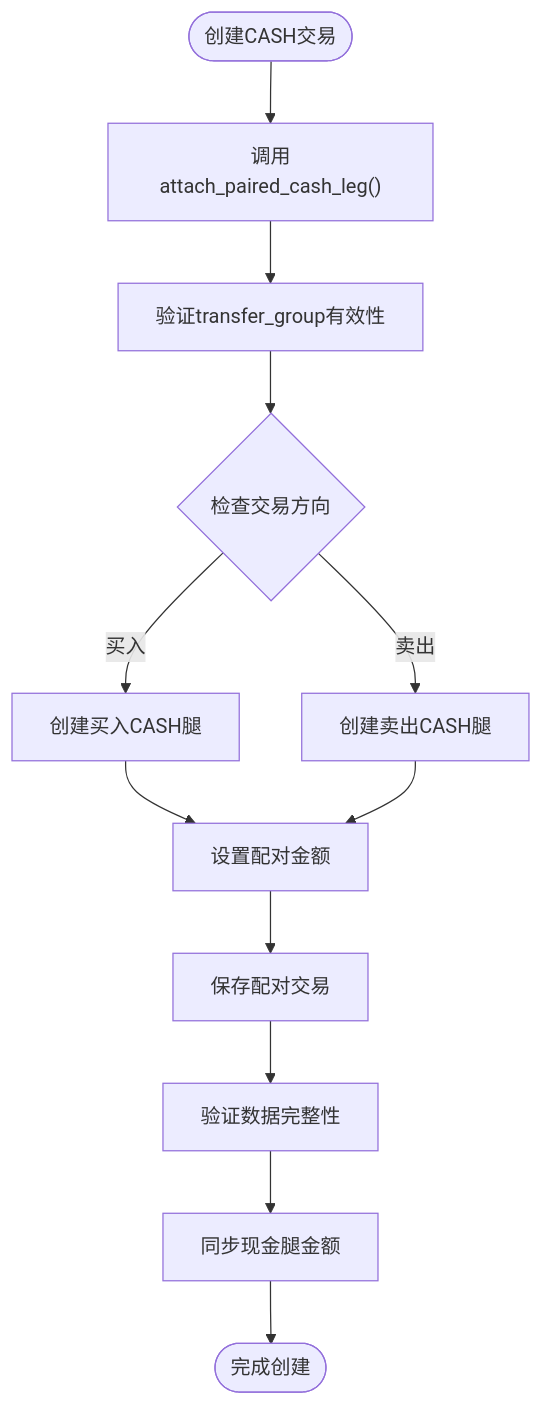
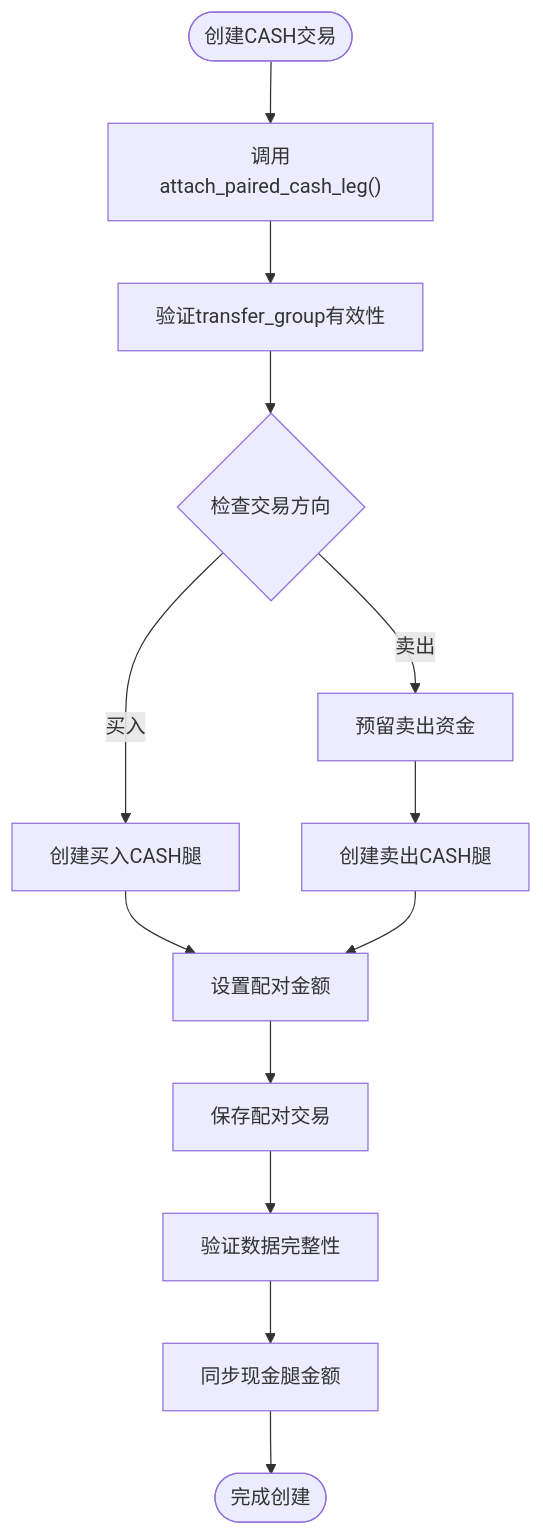
Before and after one commit to gujialind/InvestRing: the fourth of 16 diagrams in .qoder/repowiki/zh/content/核心业务功能/交易处理.md, drawn with Mermaid. The commit also changed other lines of this file and 15 other files, not shown here.

````diff
--- a/.qoder/repowiki/zh/content/核心业务功能/交易处理.md
+++ b/.qoder/repowiki/zh/content/核心业务功能/交易处理.md
@@ -252,14 +259,15 @@
 ```mermaid
 flowchart TD
 Start(["创建CASH交易"]) --> CallAttach["调用attach_paired_cash_leg()"]
 CallAttach --> ValidateGroup["验证transfer_group有效性"]
 ValidateGroup --> CheckDirection{"检查交易方向"}
 CheckDirection --> |买入| CreateBuyLeg["创建买入CASH腿"]
-CheckDirection --> |卖出| CreateSellLeg["创建卖出CASH腿"]
+CheckDirection --> |卖出| ReserveCash["预留卖出资金"]
+ReserveCash --> CreateSellLeg["创建卖出CASH腿"]
 CreateBuyLeg --> SetAmount["设置配对金额"]
 CreateSellLeg --> SetAmount
 SetAmount --> SaveBoth["保存配对交易"]
 SaveBoth --> VerifyIntegrity["验证数据完整性"]
 VerifyIntegrity --> SyncAmount["同步现金腿金额"]
 SyncAmount --> Complete(["完成创建"])
 ```
````
